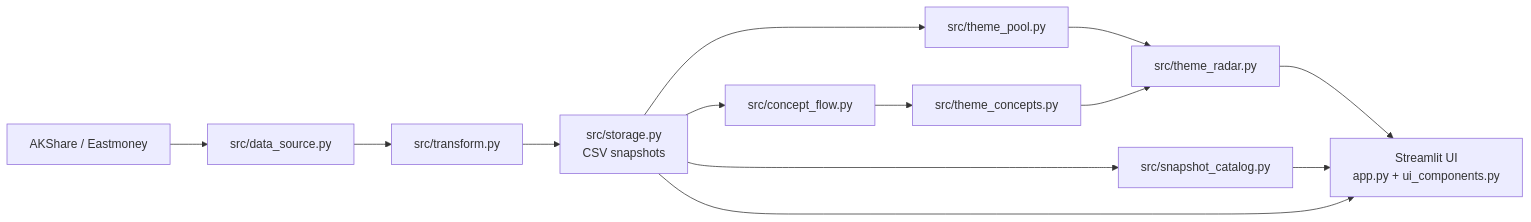
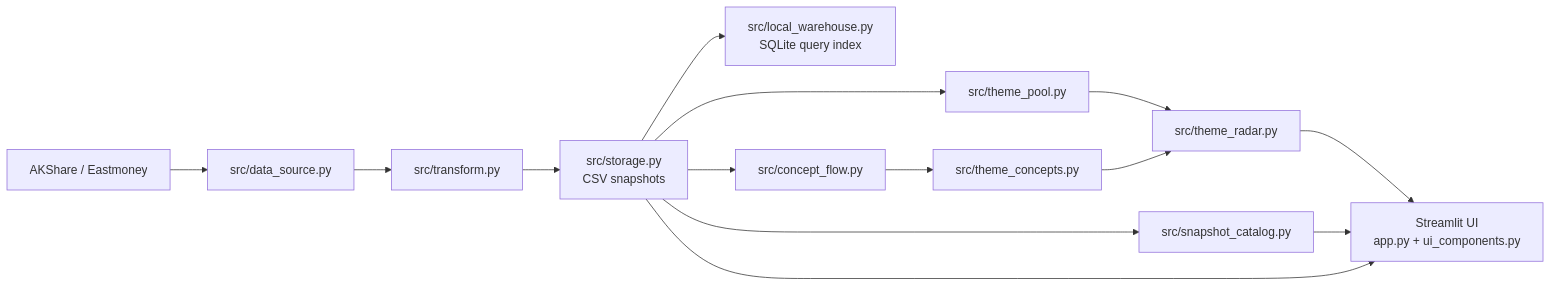
The diagram in README.md (JA0508/fund-flow-monitor), drawn with Mermaid before and after one commit. The commit also changed other lines of this file and 15 other files, not shown here.

Commit message:
v2.0: add CSV-first local SQLite warehouse

````diff
--- a/README.md
+++ b/README.md
@@ -159,15 +160,16 @@
 ```mermaid
 flowchart LR
     A["AKShare / Eastmoney"] --> B["src/data_source.py"]
     B --> C["src/transform.py"]
     C --> D["src/storage.py<br/>CSV snapshots"]
+    D --> K["src/local_warehouse.py<br/>SQLite query index"]
     D --> E["src/theme_pool.py"]
     E --> F["src/theme_radar.py"]
     D --> J["src/snapshot_catalog.py"]
     D --> H["src/concept_flow.py"]
     H --> I["src/theme_concepts.py"]
     I --> F
     F --> G["Streamlit UI<br/>app.py + ui_components.py"]
     J --> G
     D --> G
 ```
````
